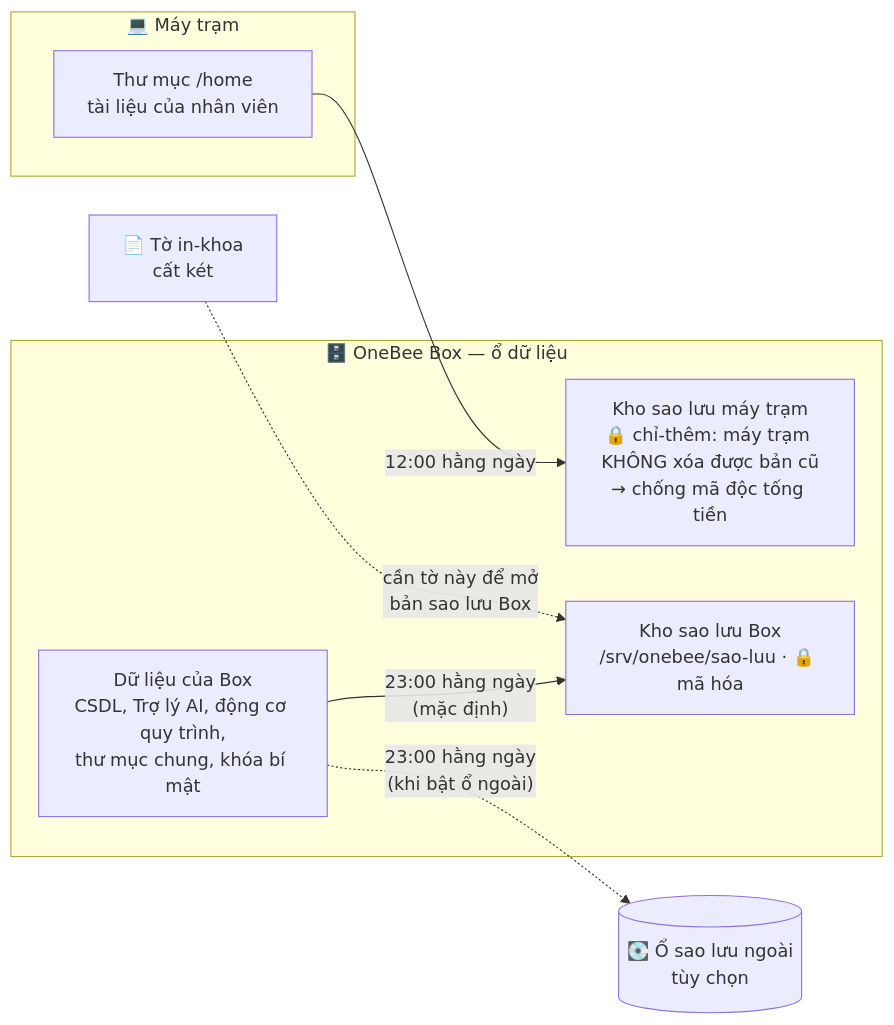
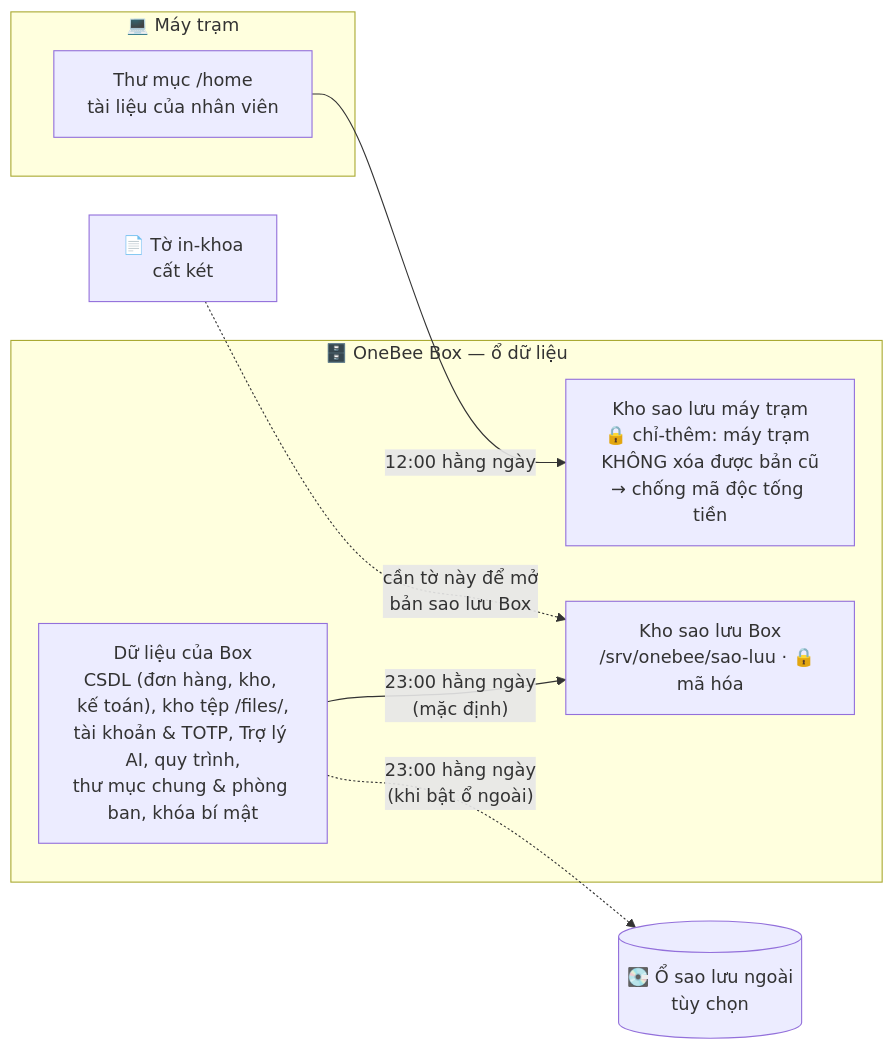
The third of 4 diagrams in docs/huong-dan/huong-dan-cai-dat-tu-a-den-z.md (mthien07/da3-he-dieu-hanh-va-tu-dong-hoa-open-source), drawn with Mermaid before and after one commit. The commit also changed other lines of this file, not shown here.

````diff
--- a/docs/huong-dan/huong-dan-cai-dat-tu-a-den-z.md
+++ b/docs/huong-dan/huong-dan-cai-dat-tu-a-den-z.md
@@ -232,18 +242,18 @@
 ```mermaid
 flowchart LR
     subgraph M["💻 Máy trạm"]
         H["Thư mục /home<br/>tài liệu của nhân viên"]
     end
     subgraph BX["🗄️ OneBee Box — ổ dữ liệu"]
         K["Kho sao lưu máy trạm<br/>🔒 chỉ-thêm: máy trạm KHÔNG xóa được bản cũ<br/>→ chống mã độc tống tiền"]
-        D["Dữ liệu của Box<br/>CSDL, Trợ lý AI, động cơ quy trình,<br/>thư mục chung, khóa bí mật"]
+        D["Dữ liệu của Box<br/>CSDL (đơn hàng, kho, kế toán), kho tệp /files/,<br/>tài khoản & TOTP, Trợ lý AI, quy trình,<br/>thư mục chung & phòng ban, khóa bí mật"]
         S["Kho sao lưu Box<br/>/srv/onebee/sao-luu · 🔒 mã hóa"]
     end
     O[("💽 Ổ sao lưu ngoài<br/>tùy chọn")]
     G["📄 Tờ in-khoa<br/>cất két"]
 
     H -- "12:00 hằng ngày" --> K
     D -- "23:00 hằng ngày<br/>(mặc định)" --> S
     D -. "23:00 hằng ngày<br/>(khi bật ổ ngoài)" .-> O
     G -. "cần tờ này để mở<br/>bản sao lưu Box" .-> S
 ```
````
